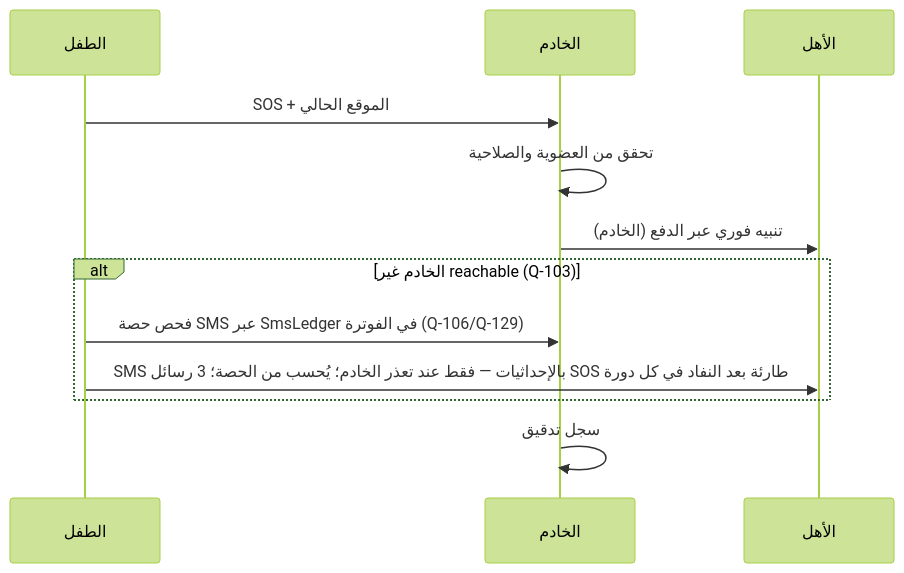
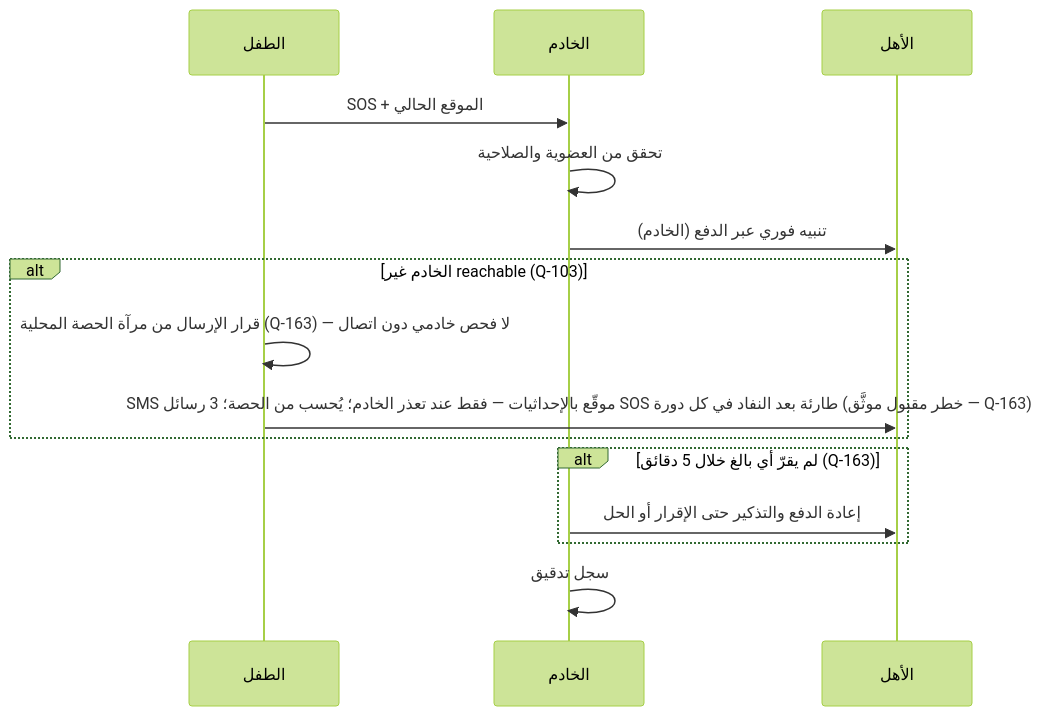
The sixth of 9 diagrams in docs/family-os/governance/architecture/ARCHITECTURE.md (Bassam-mohammed-alqaeadi/family-os-v2), drawn with Mermaid (forest theme) before and after one commit. The commit also changed other lines of this file and 5 other files, not shown here.

Commit message:
Q-163: إعادة حكم Q-106 (إبقاء 3 رسائل SOS طارئة كخطر مقبول) + إغلاق ثغرات AUD-005 (مرآة حصة محلية، توقيع SMS، تصعيد 5 دقائق، Idempotency-Key)

````diff
--- a/docs/family-os/governance/architecture/ARCHITECTURE.md
+++ b/docs/family-os/governance/architecture/ARCHITECTURE.md
@@ -268,14 +268,17 @@
 ```mermaid
 sequenceDiagram
     participant C as الطفل
     participant S as الخادم
     participant P as الأهل
     C->>S: SOS + الموقع الحالي
     S->>S: تحقق من العضوية والصلاحية
     S->>P: تنبيه فوري عبر الدفع (الخادم)
     alt الخادم غير reachable (Q-103)
-        C->>S: فحص حصة SMS عبر SmsLedger في الفوترة (Q-106/Q-129)
-        C->>P: SMS بالإحداثيات — فقط عند تعذر الخادم؛ يُحسب من الحصة؛ 3 رسائل SOS طارئة بعد النفاد في كل دورة
+        C->>C: قرار الإرسال من مرآة الحصة المحلية (Q-163) — لا فحص خادمي دون اتصال
+        C->>P: SMS موقّع بالإحداثيات — فقط عند تعذر الخادم؛ يُحسب من الحصة؛ 3 رسائل SOS طارئة بعد النفاد في كل دورة (خطر مقبول موثَّق — Q-163)
+    end
+    alt لم يقرّ أي بالغ خلال 5 دقائق (Q-163)
+        S->>P: إعادة الدفع والتذكير حتى الإقرار أو الحل
     end
     S->>S: سجل تدقيق
 ```
````
